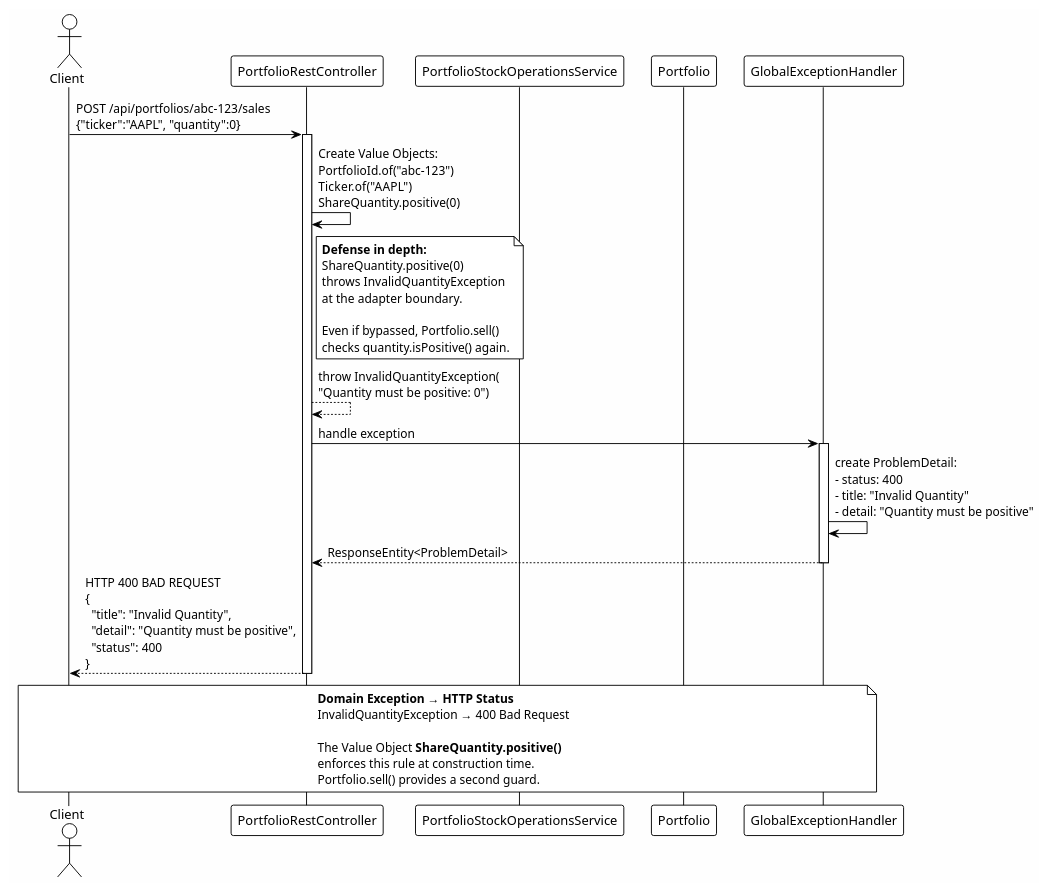
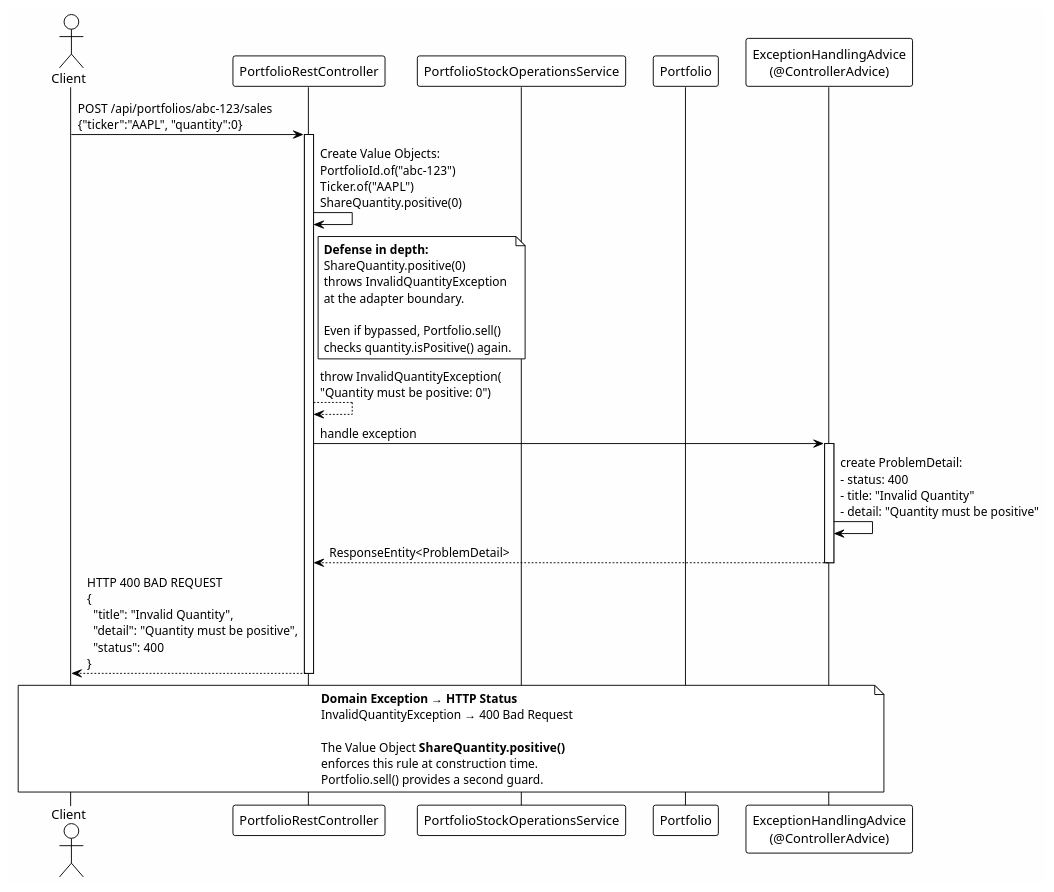
Before and after one commit to alfredorueda/HexaStock: the diagram in doc/tutorial/sellStocks/diagrams/sell-error-invalid-quantity.puml, drawn with PlantUML. The commit also changed 14 other files, not shown here.

Commit message:
docs: update exception handling references and improve tutorial clarity

```diff
--- a/doc/tutorial/sellStocks/diagrams/sell-error-invalid-quantity.puml
+++ b/doc/tutorial/sellStocks/diagrams/sell-error-invalid-quantity.puml
@@ -1,47 +1,47 @@
 @startuml sell-error-invalid-quantity
 !theme plain
 skinparam backgroundColor #FEFEFE
 
 actor Client
 participant "PortfolioRestController" as Controller
 participant "PortfolioStockOperationsService" as Service
 participant "Portfolio" as Portfolio
-participant "GlobalExceptionHandler" as Handler
+participant "ExceptionHandlingAdvice\n(@ControllerAdvice)" as Handler
 
 Client -> Controller: POST /api/portfolios/abc-123/sales\n{"ticker":"AAPL", "quantity":0}
 activate Controller
 
 Controller -> Controller: Create Value Objects:\nPortfolioId.of("abc-123")\nTicker.of("AAPL")\nShareQuantity.positive(0)
 
 note right of Controller
   **Defense in depth:**
   ShareQuantity.positive(0)
   throws InvalidQuantityException
   at the adapter boundary.
   
   Even if bypassed, Portfolio.sell()
   checks quantity.isPositive() again.
 end note
 
 Controller --> Controller: throw InvalidQuantityException(\n"Quantity must be positive: 0")
 
 Controller -> Handler: handle exception
 activate Handler
 
 Handler -> Handler: create ProblemDetail:\n- status: 400\n- title: "Invalid Quantity"\n- detail: "Quantity must be positive"
 
 Handler --> Controller: ResponseEntity<ProblemDetail>
 deactivate Handler
 
 Controller --> Client: HTTP 400 BAD REQUEST\n{\n  "title": "Invalid Quantity",\n  "detail": "Quantity must be positive",\n  "status": 400\n}
 deactivate Controller
 
 note over Client, Handler
   **Domain Exception → HTTP Status**
   InvalidQuantityException → 400 Bad Request
   
   The Value Object **ShareQuantity.positive()**
   enforces this rule at construction time.
   Portfolio.sell() provides a second guard.
 end note
 @enduml
```
